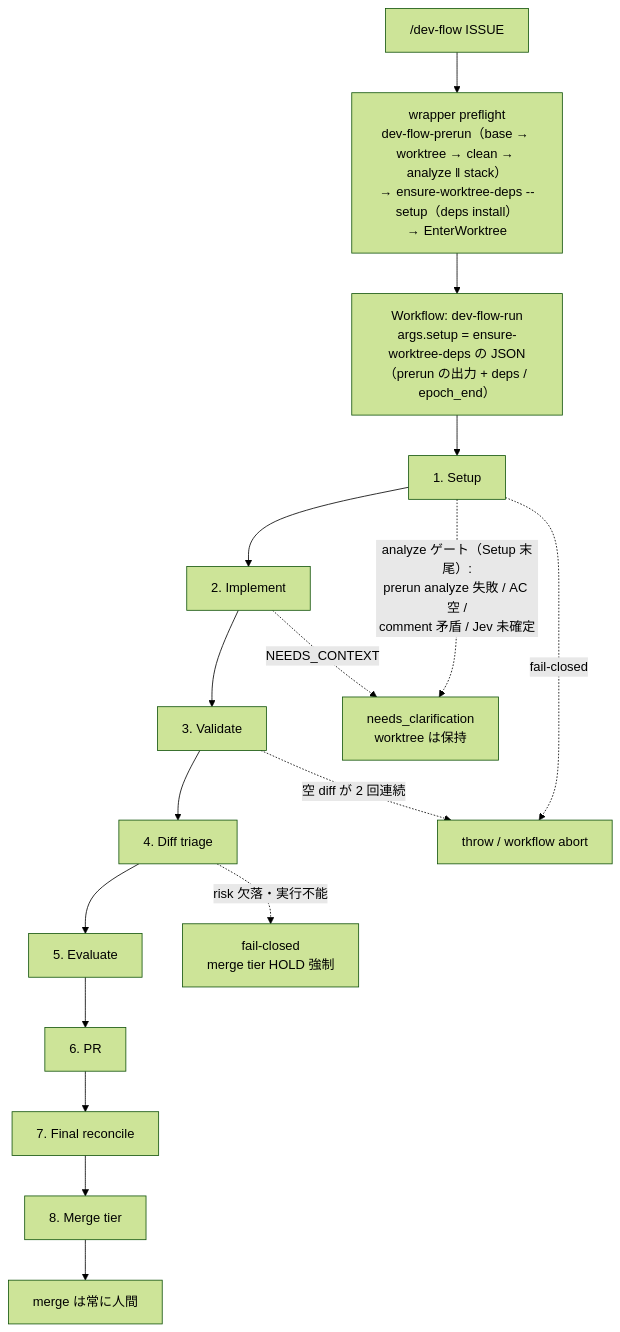
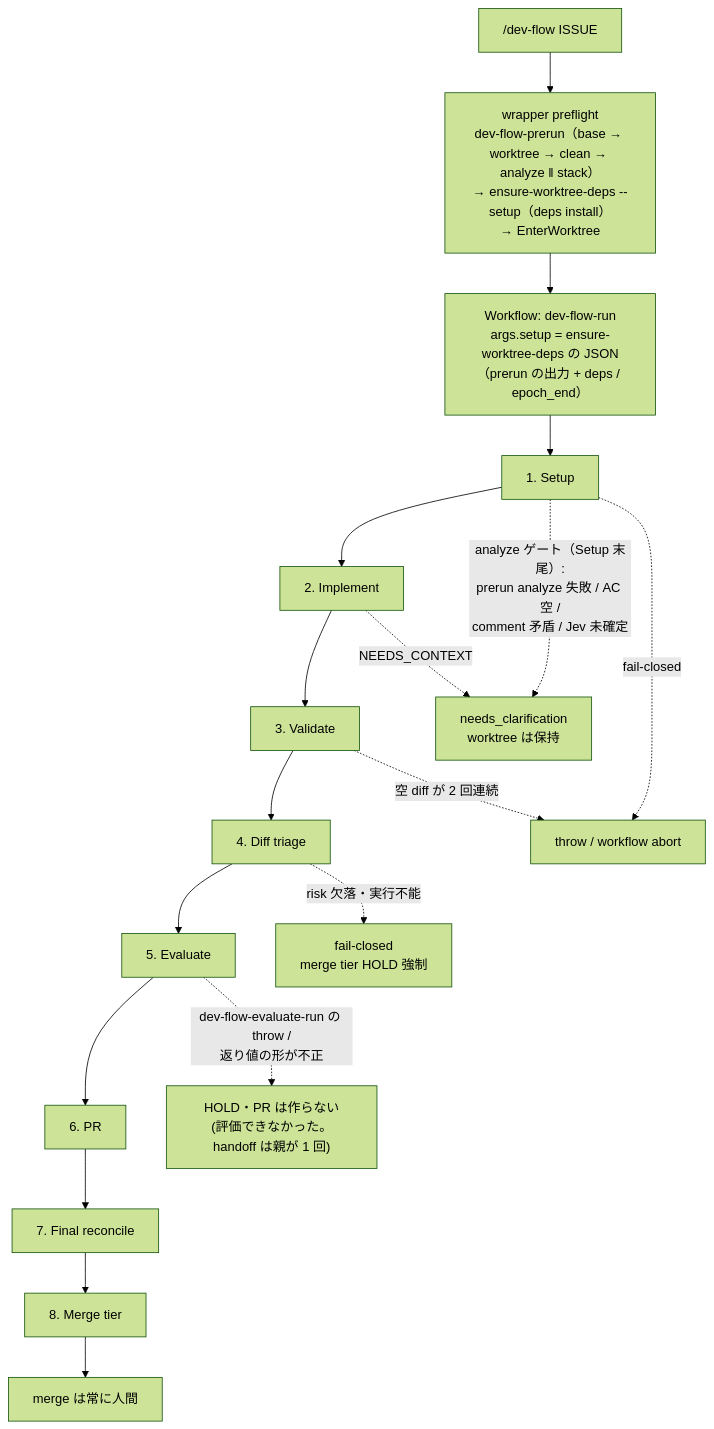
Before and after one commit to it-all-playpark/claude-plugins: the first of 13 diagrams in docs/dev-flow-atlas.md, drawn with Mermaid (forest theme). The commit also changed other lines of this file and 24 other files, not shown here.

First line of the commit message:
refactor(dev-flow): Diff triage と Evaluate を工程ごとの workflow に切り出し、dev-flow.js を約 320KB にする (#1263)

````diff
--- a/docs/dev-flow-atlas.md
+++ b/docs/dev-flow-atlas.md
@@ -37,20 +41,21 @@
 ```mermaid
 flowchart TD
     U["/dev-flow ISSUE"] --> PF["wrapper preflight<br/>dev-flow-prerun（base → worktree → clean → analyze ‖ stack）<br/>→ ensure-worktree-deps --setup（deps install）<br/>→ EnterWorktree"]
     PF --> W["Workflow: dev-flow-run<br/>args.setup = ensure-worktree-deps の JSON<br/>（prerun の出力 + deps / epoch_end）"]
     W --> S["1. Setup"]
     S --> I["2. Implement"]
     I --> V["3. Validate"]
     V --> SF["4. Diff triage"]
     SF --> E["5. Evaluate"]
     E --> R["6. PR"]
     R --> FR["7. Final reconcile"]
     FR --> MT["8. Merge tier"]
     MT --> HU["merge は常に人間"]
 
     S -.->|"fail-closed"| AB["throw / workflow abort"]
     V -.->|"空 diff が 2 回連続"| AB
     S -.->|"analyze ゲート（Setup 末尾）:<br/>prerun analyze 失敗 / AC 空 /<br/>comment 矛盾 / Jev 未確定"| NC["needs_clarification<br/>worktree は保持"]
     I -.->|"NEEDS_CONTEXT"| NC
     SF -.->|"risk 欠落・実行不能"| FC["fail-closed<br/>merge tier HOLD 強制"]
+    E -.->|"dev-flow-evaluate-run の throw /<br/>返り値の形が不正"| EH["HOLD・PR は作らない<br/>(評価できなかった。handoff は親が 1 回)"]
 ```
````
